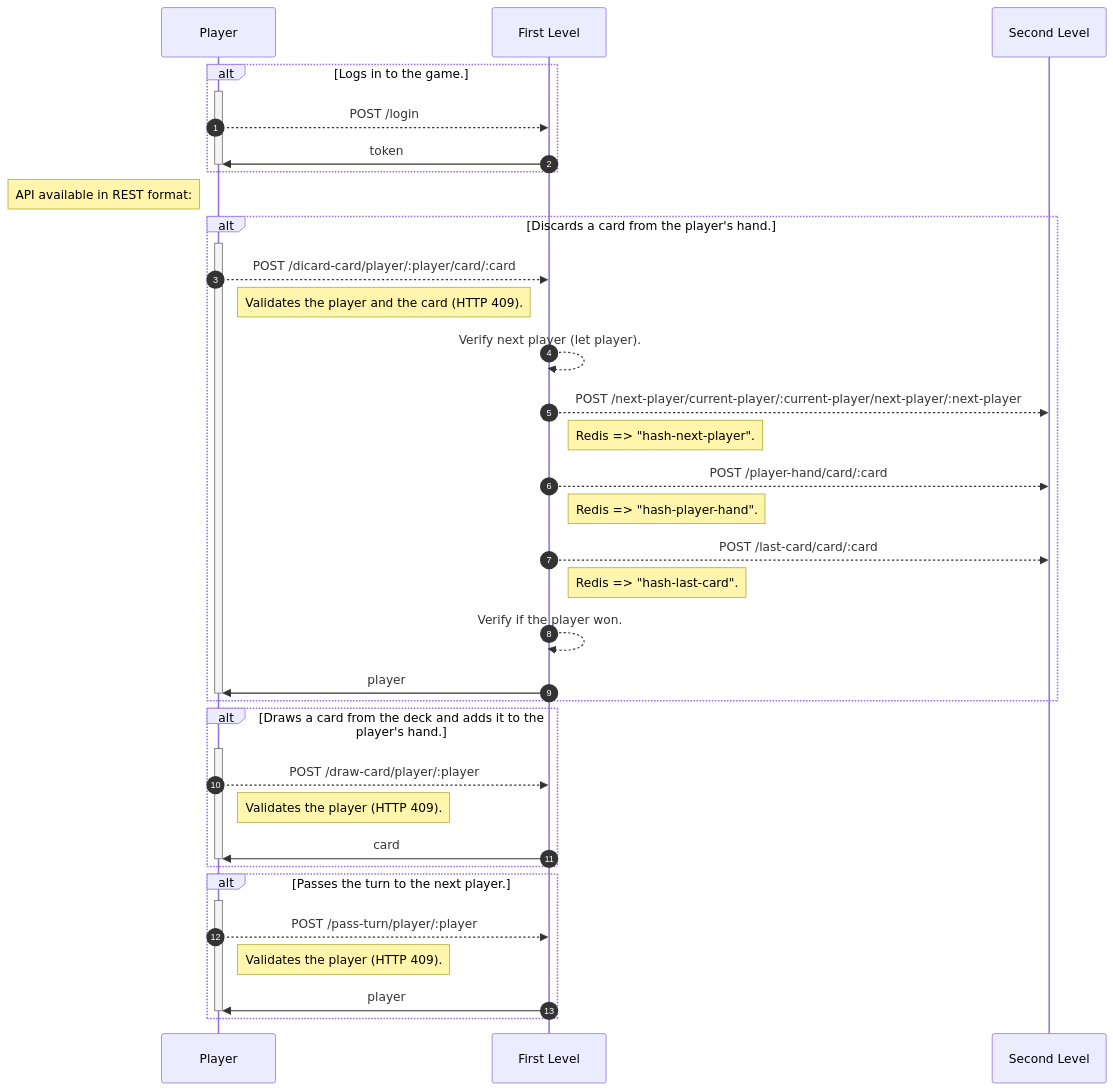
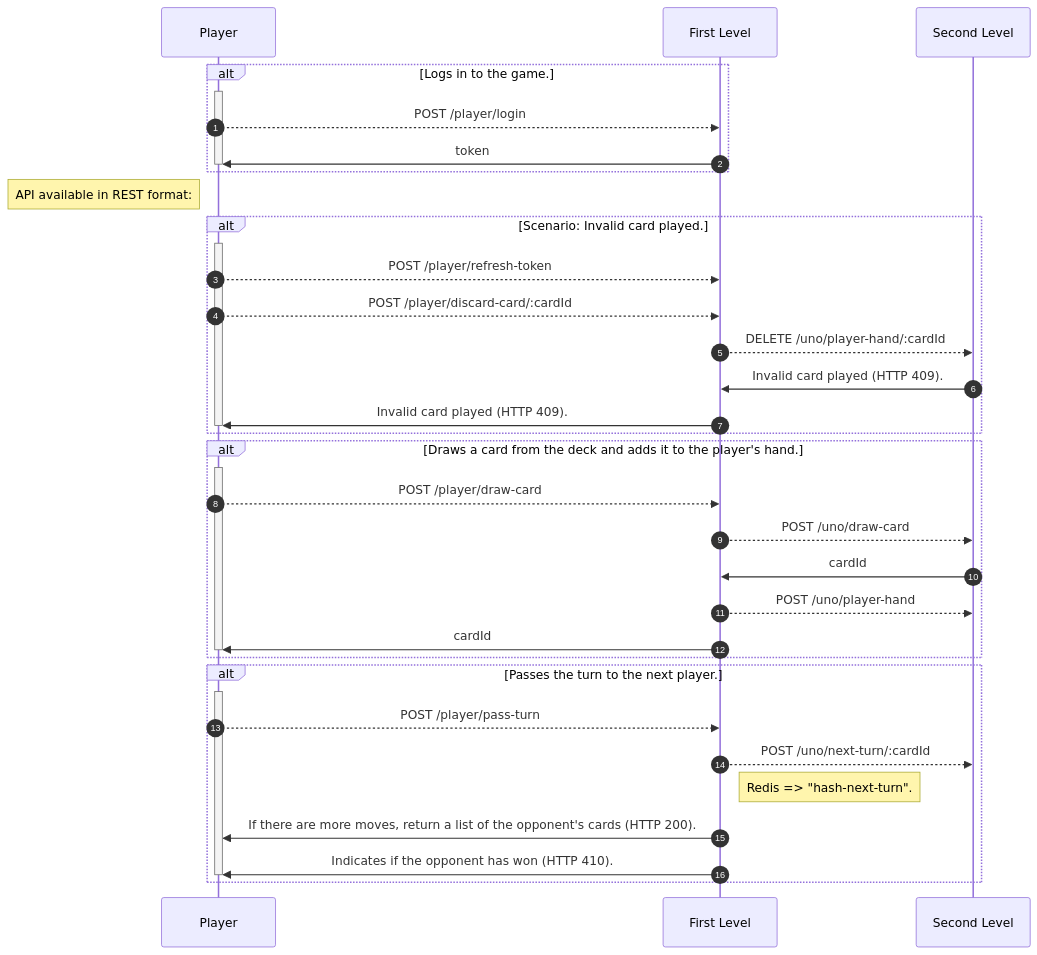
One commit to olbiwan/uno changed the diagram in README.md. Above: the diagram before and after it, drawn with Mermaid. The commit also changed other lines of this file, not shown here.

````diff
--- a/README.md
+++ b/README.md
@@ -20,40 +22,38 @@
 ```mermaid
 sequenceDiagram
     autonumber
     alt Logs in to the game.
       activate Player
-        Player-->>First Level: POST /login
+        Player-->>First Level: POST /player/login
         First Level->>Player: token
       deactivate Player
     end
     Note left of Player: API available in REST format:
-    alt Discards a card from the player's hand.
+    alt Scenario: Invalid card played.
       activate Player
-        Player-->>First Level: POST /dicard-card/player/:player/card/:card
-        Note right of Player: Validates the player and the card (HTTP 409).
-        First Level-->>First Level: Verify next player (let player).
-        First Level-->>Second Level: POST /next-player/current-player/:current-player/next-player/:next-player
-        Note right of First Level: Redis => "hash-next-player".
-        First Level-->>Second Level: POST /player-hand/card/:card
-        Note right of First Level: Redis => "hash-player-hand".
-        First Level-->>Second Level: POST /last-card/card/:card
-        Note right of First Level: Redis => "hash-last-card".
-        First Level-->>First Level: Verify if the player won.
-        First Level->>Player: player
+        Player-->>First Level: POST /player/refresh-token
+        Player-->>First Level: POST /player/discard-card/:cardId
+        First Level-->>Second Level: DELETE /uno/player-hand/:cardId
+        Second Level->>First Level: Invalid card played (HTTP 409).
+        First Level->>Player: Invalid card played (HTTP 409).
       deactivate Player
     end
     alt Draws a card from the deck and adds it to the player's hand.
       activate Player
-        Player-->>First Level: POST /draw-card/player/:player
-        Note right of Player: Validates the player (HTTP 409).
-        First Level->>Player: card
+        Player-->>First Level: POST /player/draw-card
+        First Level-->>Second Level: POST /uno/draw-card
+        Second Level->>First Level: cardId
+        First Level-->>Second Level: POST /uno/player-hand
+        First Level->>Player: cardId
       deactivate Player
     end
     alt Passes the turn to the next player.
       activate Player
-        Player-->>First Level: POST /pass-turn/player/:player
-        Note right of Player: Validates the player (HTTP 409).
-        First Level->>Player: player
+        Player-->>First Level: POST /player/pass-turn
+        First Level-->>Second Level: POST /uno/next-turn/:cardId
+        Note right of First Level: Redis => "hash-next-turn".
+        First Level->>Player: If there are more moves, return a list of the opponent's cards (HTTP 200).
+        First Level->>Player: Indicates if the opponent has won (HTTP 410).
       deactivate Player
     end
 ```
````
